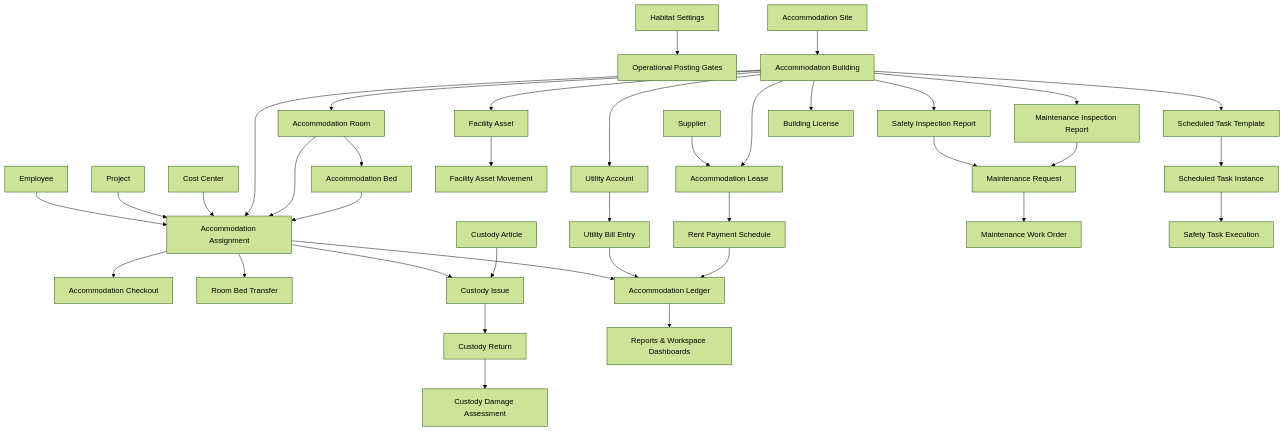
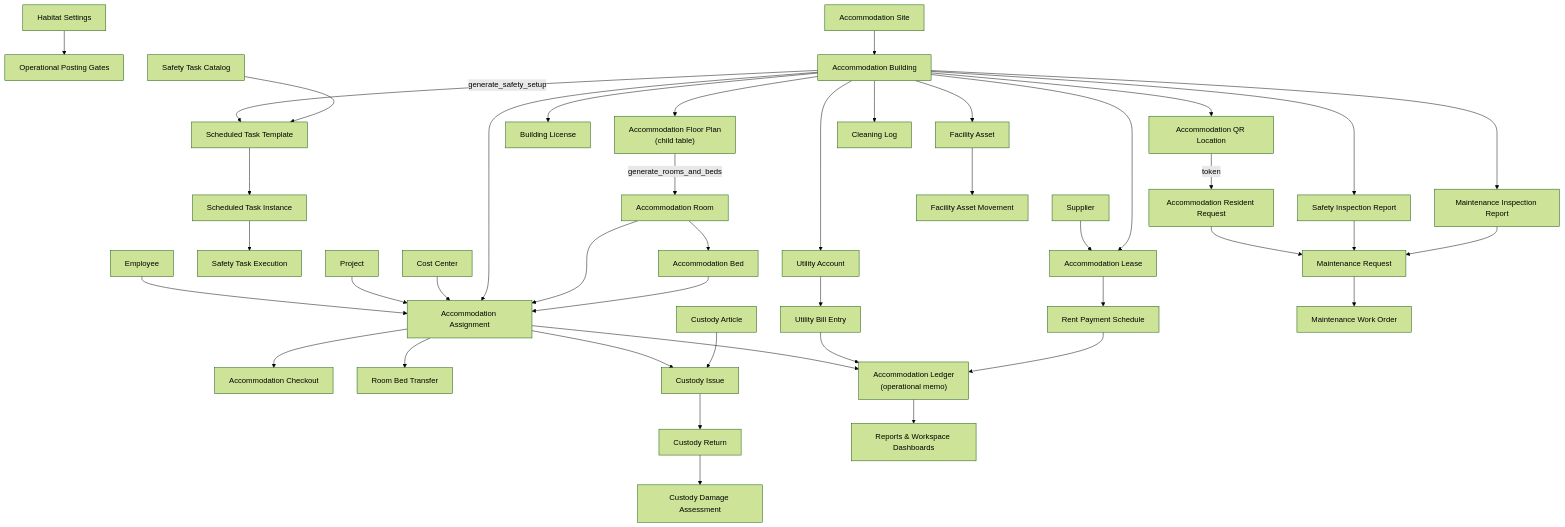
One commit to iabodysa/apex changed the diagram in README.md. Above: the diagram before and after it, drawn with Mermaid (forest theme). The commit also changed other lines of this file and 14 other files, not shown here.

First line of the commit message:
feat: building safety setup generator, changelog feed, workspace corrections (v0.5.0)

````diff
--- a/README.md
+++ b/README.md
@@ -28,49 +31,56 @@
 ```mermaid
 flowchart TD
     Settings["Habitat Settings"] --> Gates["Operational Posting Gates"]
 
     Site["Accommodation Site"] --> Building["Accommodation Building"]
-    Building --> Room["Accommodation Room"]
+    Building --> FloorPlan["Accommodation Floor Plan\n(child table)"]
+    FloorPlan -->|generate_rooms_and_beds| Room["Accommodation Room"]
     Room --> Bed["Accommodation Bed"]
+
+    Building -->|generate_safety_setup| STTemplate["Scheduled Task Template"]
+    STCatalog["Safety Task Catalog"] --> STTemplate
+    STTemplate --> STInstance["Scheduled Task Instance"]
+    STInstance --> SafetyExecution["Safety Task Execution"]
+
+    Building --> License["Building License"]
+    Building --> QRLocation["Accommodation QR Location"]
+    QRLocation -->|token| ResidentRequest["Accommodation Resident Request"]
+    ResidentRequest --> MaintenanceRequest
 
     Employee["Employee"] --> Assignment["Accommodation Assignment"]
     Project["Project"] --> Assignment
     CostCenter["Cost Center"] --> Assignment
     Building --> Assignment
     Room --> Assignment
     Bed --> Assignment
 
     Assignment --> Checkout["Accommodation Checkout"]
     Assignment --> Transfer["Room Bed Transfer"]
-
     Assignment --> CustodyIssue["Custody Issue"]
     CustodyArticle["Custody Article"] --> CustodyIssue
     CustodyIssue --> CustodyReturn["Custody Return"]
     CustodyReturn --> Damage["Custody Damage Assessment"]
 
     Supplier["Supplier"] --> Lease["Accommodation Lease"]
     Building --> Lease
     Lease --> RentSchedule["Rent Payment Schedule"]
 
     Building --> UtilityAccount["Utility Account"]
     UtilityAccount --> UtilityBill["Utility Bill Entry"]
 
     Building --> FacilityAsset["Facility Asset"]
     FacilityAsset --> AssetMovement["Facility Asset Movement"]
 
     Building --> SafetyInspection["Safety Inspection Report"]
     Building --> MaintenanceInspection["Maintenance Inspection Report"]
     SafetyInspection --> MaintenanceRequest["Maintenance Request"]
     MaintenanceInspection --> MaintenanceRequest
     MaintenanceRequest --> WorkOrder["Maintenance Work Order"]
 
-    Building --> ScheduledTemplate["Scheduled Task Template"]
-    ScheduledTemplate --> ScheduledInstance["Scheduled Task Instance"]
-    ScheduledInstance --> SafetyExecution["Safety Task Execution"]
+    Building --> CleaningLog["Cleaning Log"]
 
-    Building --> License["Building License"]
-    Assignment --> Ledger["Accommodation Ledger"]
+    Assignment --> Ledger["Accommodation Ledger\n(operational memo)"]
     UtilityBill --> Ledger
     RentSchedule --> Ledger
     Ledger --> Reports["Reports & Workspace Dashboards"]
 ```
````
